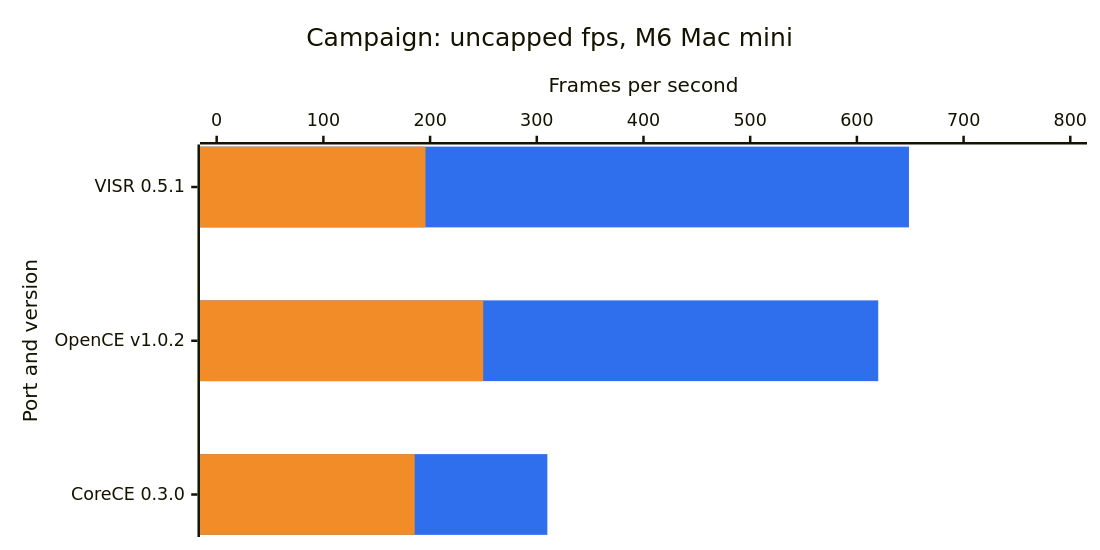
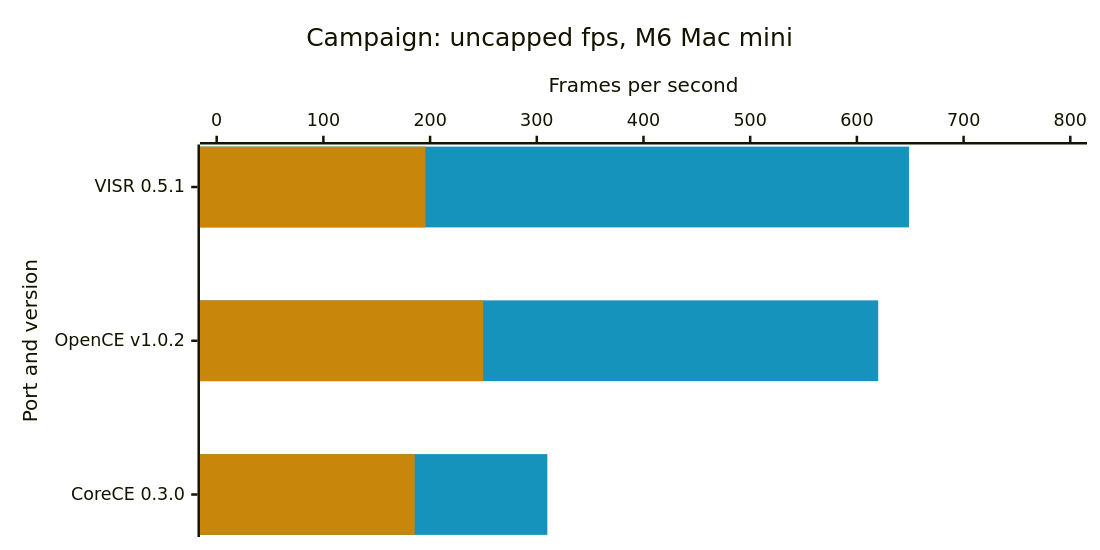
Before and after one commit to steverice/halo-ce-ios: the diagram in docs/benchmarks.md, drawn with Mermaid. The commit also changed other lines of this file and 12 other files, not shown here.

````diff
--- a/docs/benchmarks.md
+++ b/docs/benchmarks.md
@@ -17,17 +17,17 @@
 ```mermaid
 ---
 config:
   xyChart:
     width: 860
     height: 420
   themeVariables:
     xyChart:
-      plotColorPalette: "#2f6fed, #f28c28"
+      plotColorPalette: "#1593bd, #c8870a"
 ---
 xychart-beta horizontal
     title "Campaign: uncapped fps, M6 Mac mini"
     x-axis "Port and version" ["VISR 0.5.1", "OpenCE v1.0.2", "CoreCE 0.3.0"]
     y-axis "Frames per second" 0 --> 800
     bar [648.8, 620, 309.9]
     bar [195.7, 249.8, 185.6]
 ```
````
